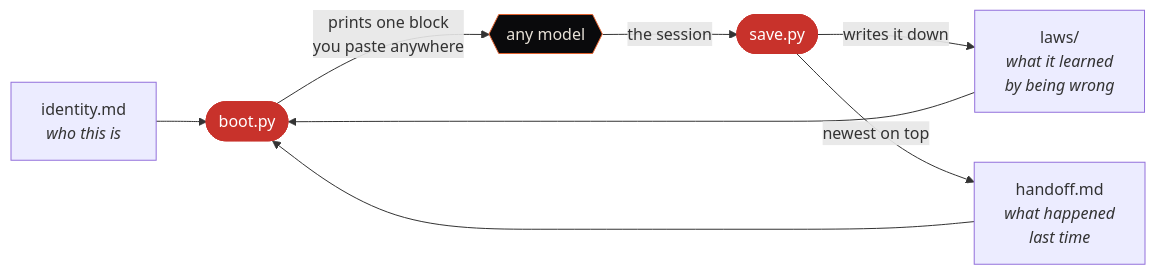
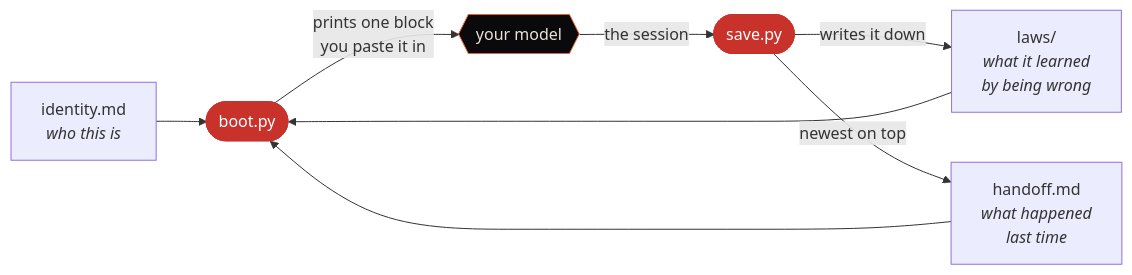
One commit to ousher/IDENTITATIS changed the diagram in README.md. Above: the diagram before and after it, drawn with Mermaid. The commit also changed other lines of this file, not shown here.

````diff
--- a/README.md
+++ b/README.md
@@ -18,14 +18,14 @@
 ```mermaid
 flowchart LR
     A["identity.md<br/><i>who this is</i>"] --> B(["boot.py"])
     C["laws/<br/><i>what it learned<br/>by being wrong</i>"] --> B
     D["handoff.md<br/><i>what happened<br/>last time</i>"] --> B
-    B -- "prints one block<br/>you paste anywhere" --> E{{"any model"}}
+    B -- "prints one block<br/>you paste it in" --> E{{"your model"}}
     E -- "the session" --> F(["save.py"])
     F -- "writes it down" --> C
     F -- "newest on top" --> D
 
     style B fill:#c8322b,stroke:#c8322b,color:#fff
     style F fill:#c8322b,stroke:#c8322b,color:#fff
     style E fill:#0a0a0c,stroke:#e2622f,color:#e8e2d8
 ```
````
